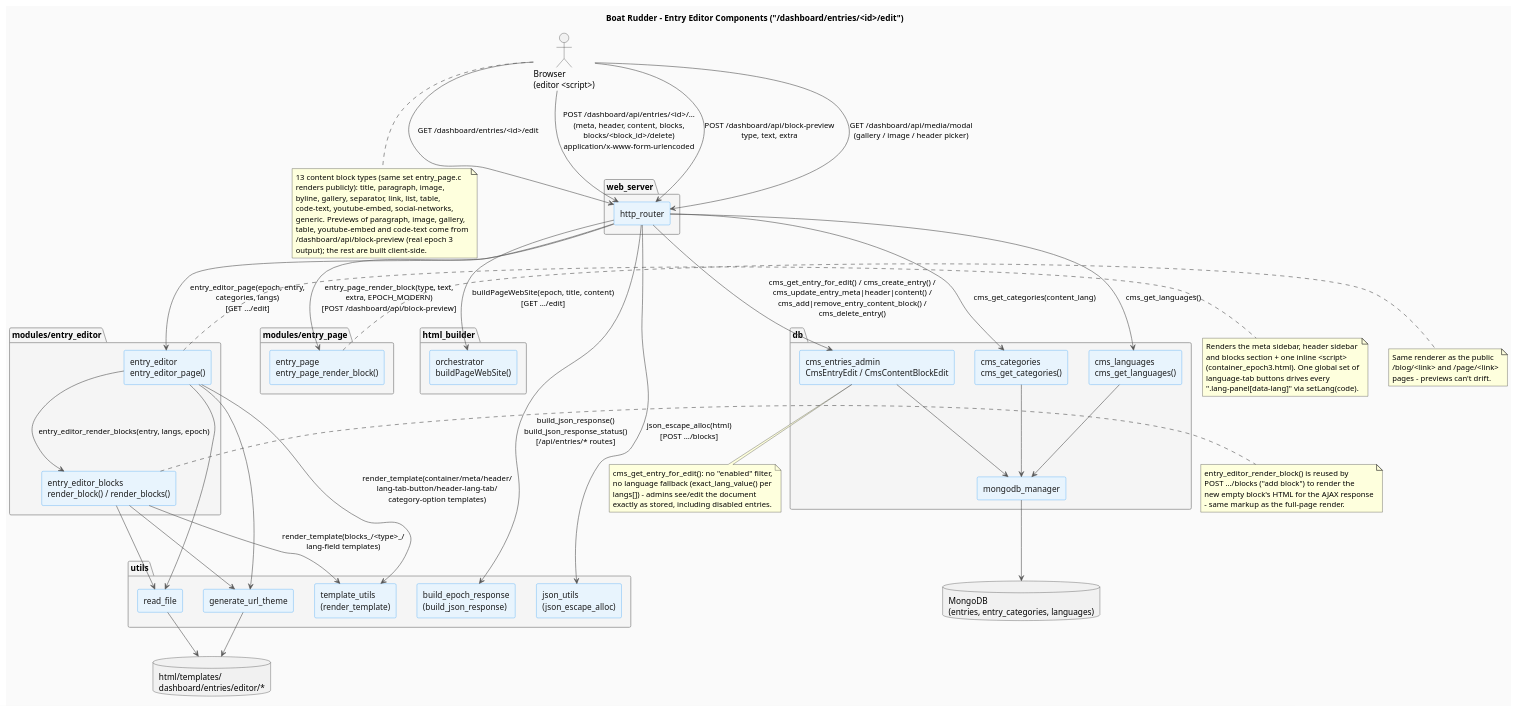
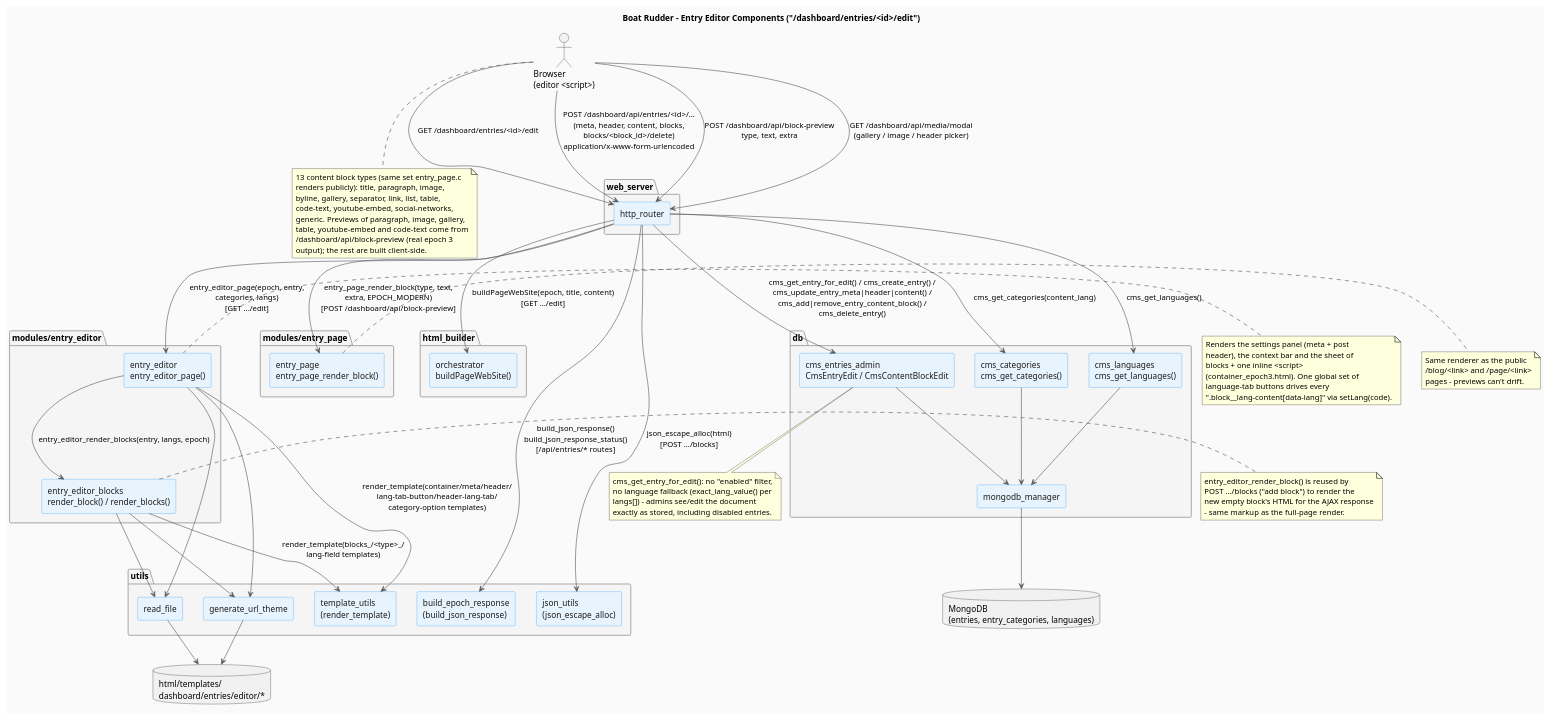
One commit to jpablotoledom/boat-rudder changed the diagram in develop_docs/diagrams/entry-editor-components.puml. Above: the diagram before and after it, drawn with PlantUML. The commit also changed 10 other files, not shown here.

```diff
--- a/develop_docs/diagrams/entry-editor-components.puml
+++ b/develop_docs/diagrams/entry-editor-components.puml
@@ -1,127 +1,128 @@
 @startuml entry-editor-components
 
 title Boat Rudder - Entry Editor Components ("/dashboard/entries/<id>/edit")
 
 skinparam componentStyle rectangle
 skinparam backgroundColor #FAFAFA
 skinparam component {
     BackgroundColor #E8F4FD
     BorderColor #2196F3
     FontColor #1A1A1A
 }
 skinparam package {
     BackgroundColor #F5F5F5
     BorderColor #9E9E9E
 }
 skinparam arrow {
     Color #555555
 }
 
 actor "Browser\n(editor <script>)" as BROWSER
 
 package "web_server" {
     [http_router] as ROUTER
 }
 
 package "html_builder" {
     [orchestrator\nbuildPageWebSite()] as ORCH
 }
 
 package "modules/entry_page" {
     [entry_page\nentry_page_render_block()] as PUBRENDER
 }
 
 package "modules/entry_editor" {
     [entry_editor\nentry_editor_page()] as EDITOR
     [entry_editor_blocks\nrender_block() / render_blocks()] as BLOCKS
 }
 
 package "db" {
     [cms_entries_admin\nCmsEntryEdit / CmsContentBlockEdit] as CMSADMIN
     [cms_languages\ncms_get_languages()] as CMSLANG
     [cms_categories\ncms_get_categories()] as CMSCAT
     [mongodb_manager] as MONGO
 }
 
 package "utils" {
     [generate_url_theme] as URLTHEME
     [read_file] as READFILE
     [template_utils\n(render_template)] as TPL
     [build_epoch_response\n(build_json_response)] as RESP
     [json_utils\n(json_escape_alloc)] as JSON
 }
 
 database "html/templates/\ndashboard/entries/editor/*" as FS
 database "MongoDB\n(entries, entry_categories, languages)" as DB
 
 BROWSER --> ROUTER : GET /dashboard/entries/<id>/edit
 BROWSER --> ROUTER : POST /dashboard/api/entries/<id>/...\n(meta, header, content, blocks,\nblocks/<block_id>/delete)\napplication/x-www-form-urlencoded
 BROWSER --> ROUTER : POST /dashboard/api/block-preview\ntype, text, extra
 BROWSER --> ROUTER : GET /dashboard/api/media/modal\n(gallery / image / header picker)
 
 ROUTER --> EDITOR : entry_editor_page(epoch, entry,\ncategories, langs)\n[GET .../edit]
 ROUTER --> CMSADMIN : cms_get_entry_for_edit() / cms_create_entry() /\ncms_update_entry_meta|header|content() /\ncms_add|remove_entry_content_block() /\ncms_delete_entry()
 ROUTER --> CMSLANG : cms_get_languages()
 ROUTER --> CMSCAT : cms_get_categories(content_lang)
 ROUTER --> ORCH : buildPageWebSite(epoch, title, content)\n[GET .../edit]
 ROUTER --> RESP : build_json_response()\nbuild_json_response_status()\n[/api/entries/* routes]
 ROUTER --> JSON : json_escape_alloc(html)\n[POST .../blocks]
 ROUTER --> PUBRENDER : entry_page_render_block(type, text,\nextra, EPOCH_MODERN)\n[POST /dashboard/api/block-preview]
 
 EDITOR --> BLOCKS : entry_editor_render_blocks(entry, langs, epoch)
 EDITOR --> URLTHEME
 EDITOR --> READFILE
 EDITOR --> TPL : render_template(container/meta/header/\nlang-tab-button/header-lang-tab/\ncategory-option templates)
 
 BLOCKS --> URLTHEME
 BLOCKS --> READFILE
 BLOCKS --> TPL : render_template(blocks_/<type>_/\nlang-field templates)
 
 CMSADMIN --> MONGO
 CMSLANG --> MONGO
 CMSCAT --> MONGO
 MONGO --> DB
 
 URLTHEME --> FS
 READFILE --> FS
 
 note right of EDITOR
-  Renders the meta sidebar, header sidebar
-  and blocks section + one inline <script>
+  Renders the settings panel (meta + post
+  header), the context bar and the sheet of
+  blocks + one inline <script>
   (container_epoch3.html). One global set of
   language-tab buttons drives every
-  ".lang-panel[data-lang]" via setLang(code).
+  ".block__lang-content[data-lang]" via setLang(code).
 end note
 
 note right of BLOCKS
   entry_editor_render_block() is reused by
   POST .../blocks ("add block") to render the
   new empty block's HTML for the AJAX response
   - same markup as the full-page render.
 end note
 
 note bottom of CMSADMIN
   cms_get_entry_for_edit(): no "enabled" filter,
   no language fallback (exact_lang_value() per
   langs[]) - admins see/edit the document
   exactly as stored, including disabled entries.
 end note
 
 note bottom of BROWSER
   13 content block types (same set entry_page.c
   renders publicly): title, paragraph, image,
   byline, gallery, separator, link, list, table,
   code-text, youtube-embed, social-networks,
   generic. Previews of paragraph, image, gallery,
   table, youtube-embed and code-text come from
   /dashboard/api/block-preview (real epoch 3
   output); the rest are built client-side.
 end note
 
 note right of PUBRENDER
   Same renderer as the public
   /blog/<link> and /page/<link>
   pages - previews can't drift.
 end note
 
 @enduml
```
